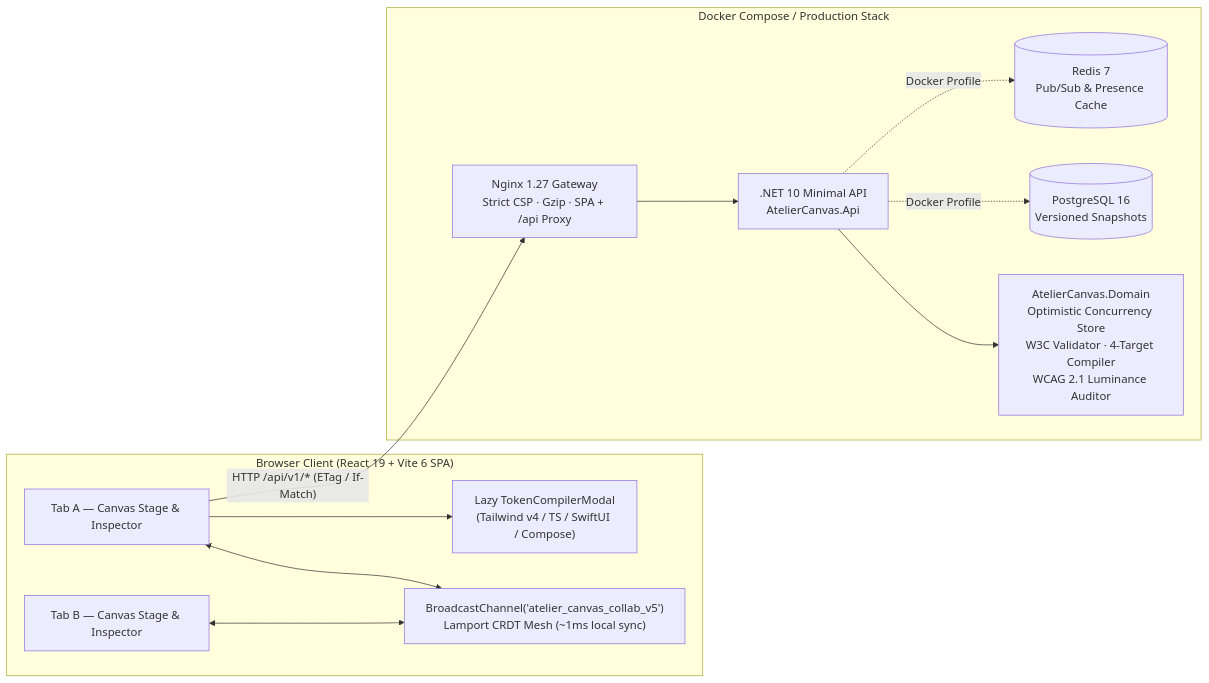
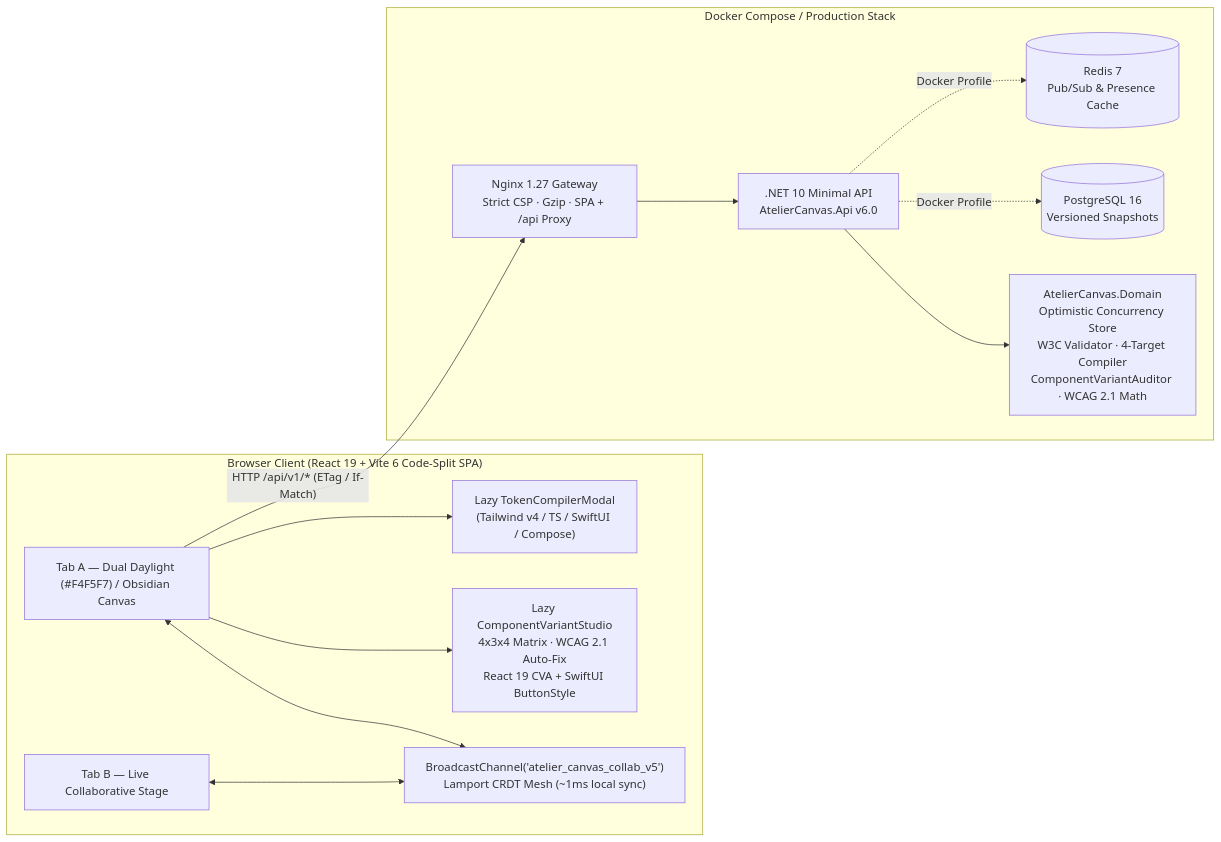
Before and after one commit to tvt987/atelier-canvas: the diagram in README.md, drawn with Mermaid. The commit also changed other lines of this file and 21 other files, not shown here.

Commit message:
feat(v6): Atelier Canvas v6.0 Component Variant Matrix, Live WCAG 2.1 Audit Overlay, Dual Daylight/Obsidian Canvas & .NET 10 Variant Audit API

````diff
--- a/README.md
+++ b/README.md
@@ -13,26 +13,28 @@
 ```mermaid
 flowchart LR
-    subgraph Browser["Browser Client (React 19 + Vite 6 SPA)"]
-        TabA["Tab A — Canvas Stage & Inspector"]
-        TabB["Tab B — Canvas Stage & Inspector"]
+    subgraph Browser["Browser Client (React 19 + Vite 6 Code-Split SPA)"]
+        TabA["Tab A — Dual Daylight (#F4F5F7) / Obsidian Canvas"]
+        TabB["Tab B — Live Collaborative Stage"]
         BC["BroadcastChannel('atelier_canvas_collab_v5')\nLamport CRDT Mesh (~1ms local sync)"]
+        VariantUI["Lazy ComponentVariantStudio\n4x3x4 Matrix · WCAG 2.1 Auto-Fix\nReact 19 CVA + SwiftUI ButtonStyle"]
         CompilerUI["Lazy TokenCompilerModal\n(Tailwind v4 / TS / SwiftUI / Compose)"]
         TabA <--> BC
         TabB <--> BC
+        TabA --> VariantUI
         TabA --> CompilerUI
     end
 
     subgraph Edge["Docker Compose / Production Stack"]
         Nginx["Nginx 1.27 Gateway\nStrict CSP · Gzip · SPA + /api Proxy"]
-        Api[".NET 10 Minimal API\nAtelierCanvas.Api"]
-        Domain["AtelierCanvas.Domain\nOptimistic Concurrency Store\nW3C Validator · 4-Target Compiler\nWCAG 2.1 Luminance Auditor"]
+        Api[".NET 10 Minimal API\nAtelierCanvas.Api v6.0"]
+        Domain["AtelierCanvas.Domain\nOptimistic Concurrency Store\nW3C Validator · 4-Target Compiler\nComponentVariantAuditor · WCAG 2.1 Math"]
         PG[("PostgreSQL 16\nVersioned Snapshots")]
         Redis[("Redis 7\nPub/Sub & Presence Cache")]
     end
 
     TabA -- "HTTP /api/v1/* (ETag / If-Match)" --> Nginx
     Nginx --> Api
     Api --> Domain
     Api -. "Docker Profile" .-> PG
     Api -. "Docker Profile" .-> Redis
 ```
````
